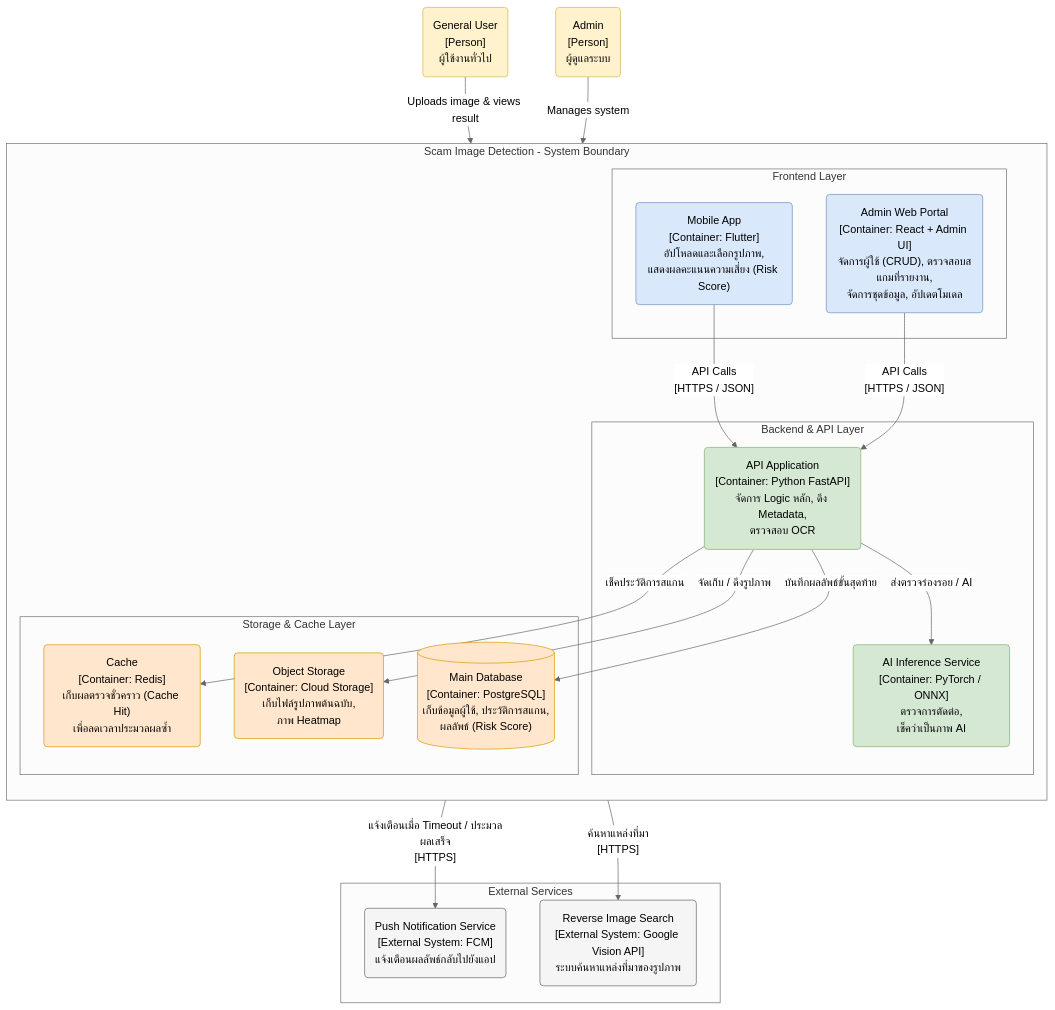
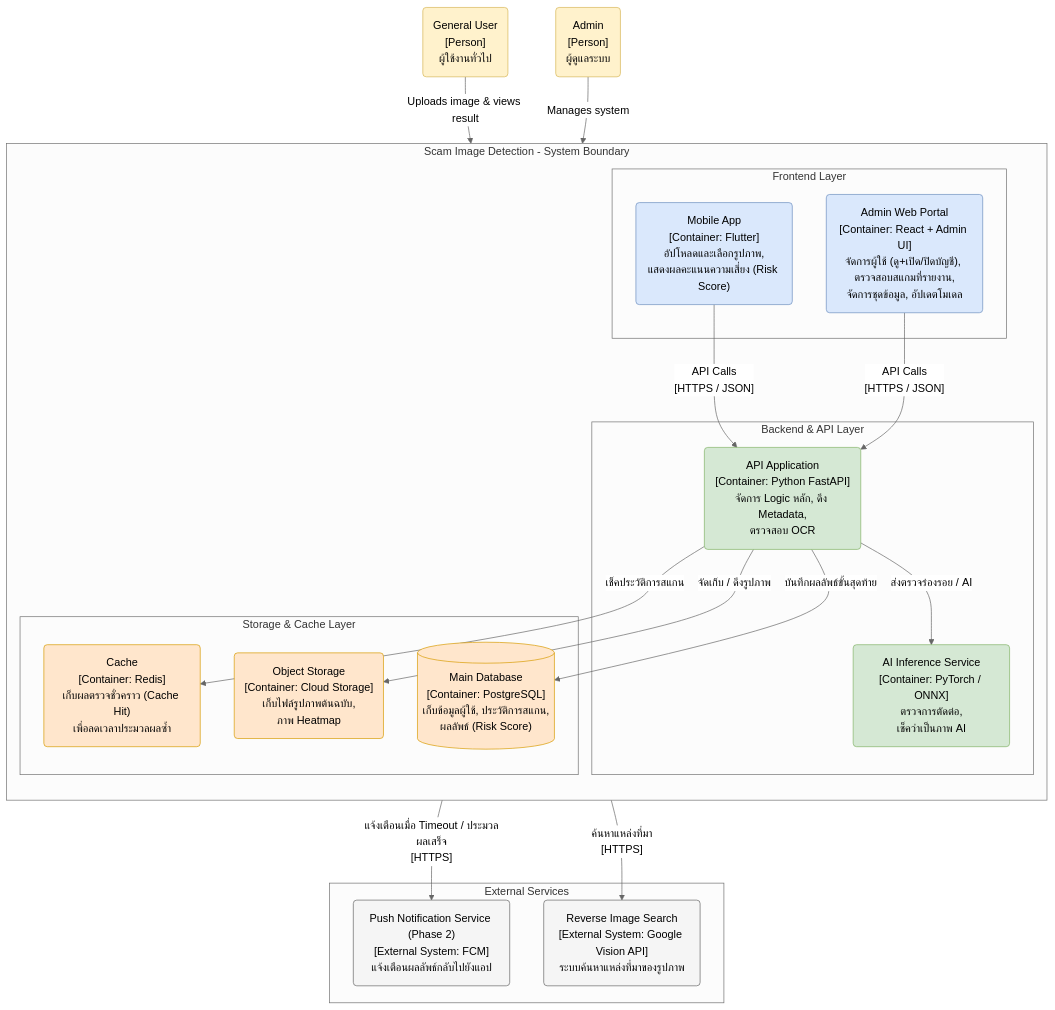
Before and after one commit to Panuwat-ta/project: the diagram in Document/Software Architecture/C2-Container-Diagram.md, drawn with Mermaid (neutral theme). The commit also changed other lines of this file and 24 other files, not shown here.

````diff
--- a/Document/Software Architecture/C2-Container-Diagram.md
+++ b/Document/Software Architecture/C2-Container-Diagram.md
@@ -3,62 +3,62 @@
 ```mermaid
 flowchart TB
     %% การตั้งค่า Class สีต่างๆ
     classDef userFill fill:#fff2cc,stroke:#d6b656,color:black
     classDef clientFill fill:#dae8fc,stroke:#6c8ebf,color:black
     classDef backendFill fill:#d5e8d4,stroke:#82b366,color:black
     classDef storageFill fill:#ffe6cc,stroke:#d79b00,color:black
     classDef extFill fill:#f5f5f5,stroke:#666666,color:black
 
     %% Actors Boundary
     User("General User<br>[Person]<br>ผู้ใช้งานทั่วไป")
     Admin("Admin<br>[Person]<br>ผู้ดูแลระบบ")
 
     %% System Boundary
     subgraph ScamSystem [Scam Image Detection - System Boundary]
         direction TB
 
         subgraph Frontends [Frontend Layer]
             MobileApp("Mobile App<br>[Container: Flutter]<br>อัปโหลดและเลือกรูปภาพ,<br>แสดงผลคะแนนความเสี่ยง (Risk Score)")
-            AdminPortal("Admin Web Portal<br>[Container: React + Admin UI]<br>จัดการผู้ใช้ (CRUD), ตรวจสอบสแกมที่รายงาน,<br>จัดการชุดข้อมูล, อัปเดตโมเดล")
+            AdminPortal("Admin Web Portal<br>[Container: React + Admin UI]<br>จัดการผู้ใช้ (ดู+เปิด/ปิดบัญชี), ตรวจสอบสแกมที่รายงาน,<br>จัดการชุดข้อมูล, อัปเดตโมเดล")
         end
 
         subgraph Backends [Backend & API Layer]
             APIGateway("API Application<br>[Container: Python FastAPI]<br>จัดการ Logic หลัก, ดึง Metadata,<br>ตรวจสอบ OCR")
             AIInference("AI Inference Service<br>[Container: PyTorch / ONNX]<br>ตรวจการตัดต่อ,<br>เช็คว่าเป็นภาพ AI")
         end
 
         subgraph Storages [Storage & Cache Layer]
             Cache("Cache<br>[Container: Redis]<br>เก็บผลตรวจชั่วคราว (Cache Hit)<br>เพื่อลดเวลาประมวลผลซ้ำ")
             ObjectStore("Object Storage<br>[Container: Cloud Storage]<br>เก็บไฟล์รูปภาพต้นฉบับ,<br>ภาพ Heatmap")
             MainDB[("Main Database<br>[Container: PostgreSQL]<br>เก็บข้อมูลผู้ใช้, ประวัติการสแกน,<br>ผลลัพธ์ (Risk Score)")]
         end
     end
 
     %% External Systems Boundary
     subgraph Externals [External Services]
-        PushService("Push Notification Service<br>[External System: FCM]<br>แจ้งเตือนผลลัพธ์กลับไปยังแอป")
+        PushService("Push Notification Service (Phase 2)<br>[External System: FCM]<br>แจ้งเตือนผลลัพธ์กลับไปยังแอป")
         ReverseSearch("Reverse Image Search<br>[External System: Google Vision API]<br>ระบบค้นหาแหล่งที่มาของรูปภาพ")
     end
 
     %% Relationships / Associations
     User -- "Uploads image & views result" --> MobileApp
     Admin -- "Manages system" --> AdminPortal
 
     MobileApp -- "API Calls<br>[HTTPS / JSON]" --> APIGateway
     AdminPortal -- "API Calls<br>[HTTPS / JSON]" --> APIGateway
 
     APIGateway -- "เช็คประวัติการสแกน" --> Cache
     APIGateway -- "ส่งตรวจร่องรอย / AI" --> AIInference
     APIGateway -- "จัดเก็บ / ดึงรูปภาพ" --> ObjectStore
     APIGateway -- "บันทึกผลลัพธ์ขั้นสุดท้าย" --> MainDB
     
     APIGateway -- "แจ้งเตือนเมื่อ Timeout / ประมวลผลเสร็จ<br>[HTTPS]" --> PushService
     APIGateway -- "ค้นหาแหล่งที่มา<br>[HTTPS]" --> ReverseSearch
 
     %% Apply Styles
     class User,Admin userFill
     class MobileApp,AdminPortal clientFill
     class APIGateway,AIInference backendFill
     class Cache,ObjectStore,MainDB storageFill
     class PushService,ReverseSearch extFill
 ```
````
